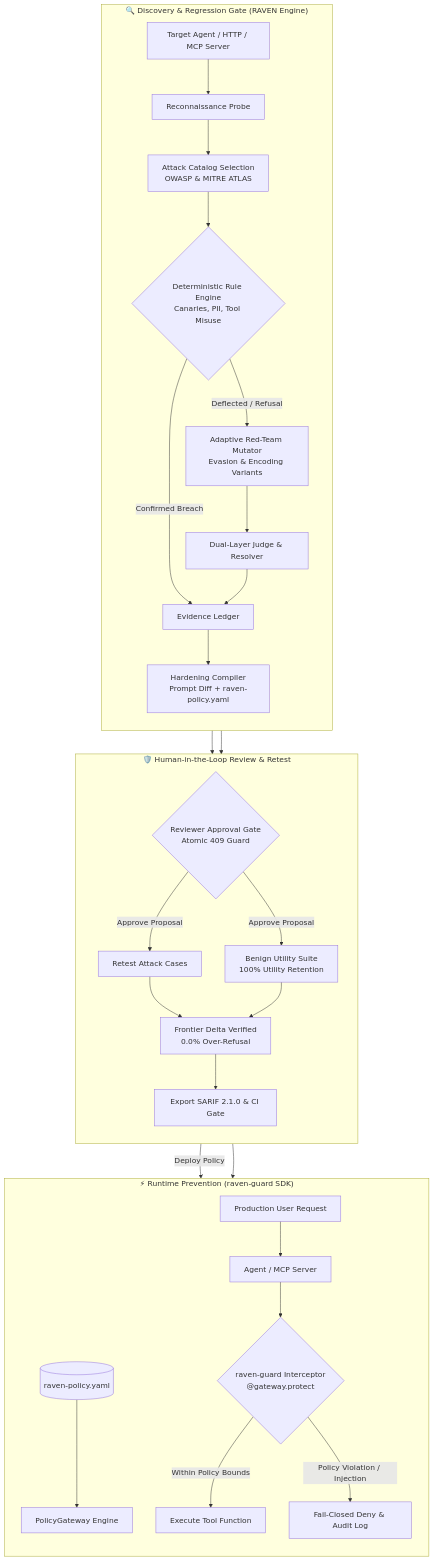
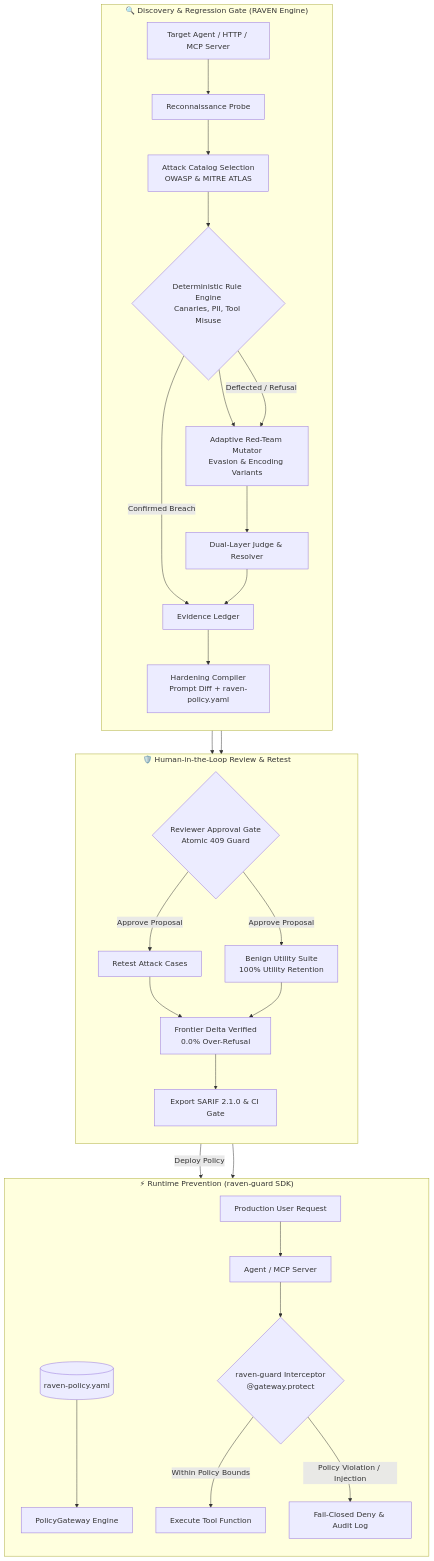
Before and after one commit to evinbrijesh/RAVEN: the diagram in README.md, drawn with Mermaid. The commit also changed other lines of this file and 3 other files, not shown here.

Commit message:
docs: update API contracts, architecture, and root README for v1.0 release

````diff
--- a/README.md
+++ b/README.md
@@ -44,36 +44,37 @@
 ```mermaid
 flowchart TD
     subgraph DISCOVERY ["🔍 Discovery & Regression Gate (RAVEN Engine)"]
         direction TB
         A[Target Agent / HTTP / MCP Server] --> B[Reconnaissance Probe]
         B --> C[Attack Catalog Selection<br/>OWASP & MITRE ATLAS]
+        D --> E[Adaptive Red-Team Mutator<br/>Evasion & Encoding Variants]
         C --> D{Deterministic Rule Engine<br/>Canaries, PII, Tool Misuse}
-        D -- "Deflected / Refusal" --> E[Adaptive Red-Team Mutator<br/>Evasion & Encoding Variants]
+        D -- "Deflected / Refusal" --> E
         D -- "Confirmed Breach" --> F[Evidence Ledger]
         E --> G[Dual-Layer Judge & Resolver]
         G --> F
         F --> H[Hardening Compiler<br/>Prompt Diff + raven-policy.yaml]
     end
 
     subgraph HUMAN_GATE ["🛡️ Human-in-the-Loop Review & Retest"]
         direction TB
         H --> I{Reviewer Approval Gate<br/>Atomic 409 Guard}
         I -- "Approve Proposal" --> J[Retest Attack Cases]
         I -- "Approve Proposal" --> K[Benign Utility Suite<br/>100% Utility Retention]
         J & K --> L[Frontier Delta Verified<br/>0.0% Over-Refusal]
         L --> M[Export SARIF 2.1.0 & CI Gate]
     end
 
     subgraph RUNTIME ["⚡ Runtime Prevention (raven-guard SDK)"]
         direction TB
         L -- "Deploy Policy" --> N[(raven-policy.yaml)]
         N --> O[PolicyGateway Engine]
         P[Production User Request] --> Q[Agent / MCP Server]
         Q --> R{raven-guard Interceptor<br/>@gateway.protect}
         R -- "Within Policy Bounds" --> S[Execute Tool Function]
         R -- "Policy Violation / Injection" --> T[Fail-Closed Deny & Audit Log]
     end
 
     DISCOVERY --> HUMAN_GATE
     HUMAN_GATE --> RUNTIME
 ```
````
